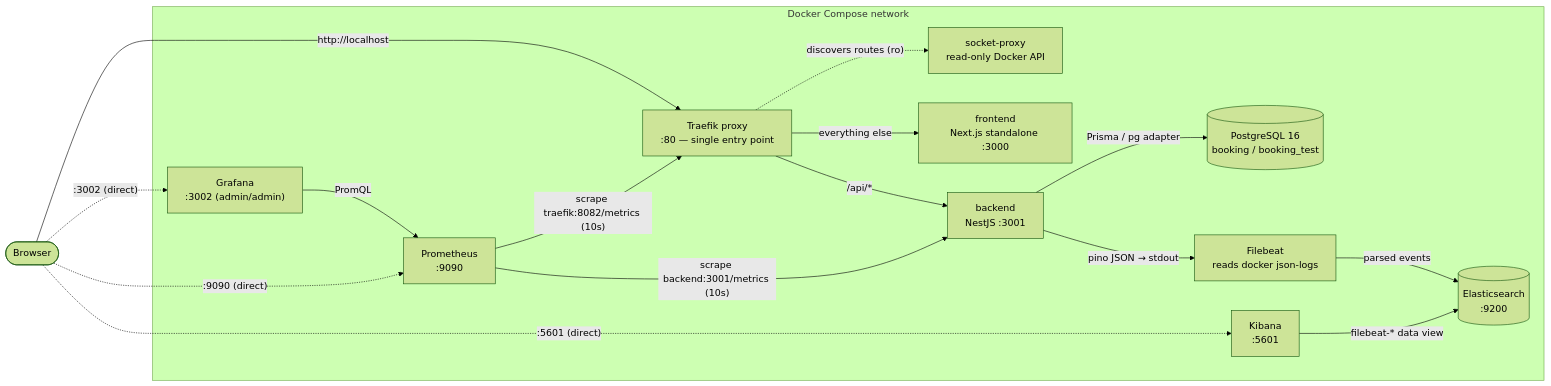
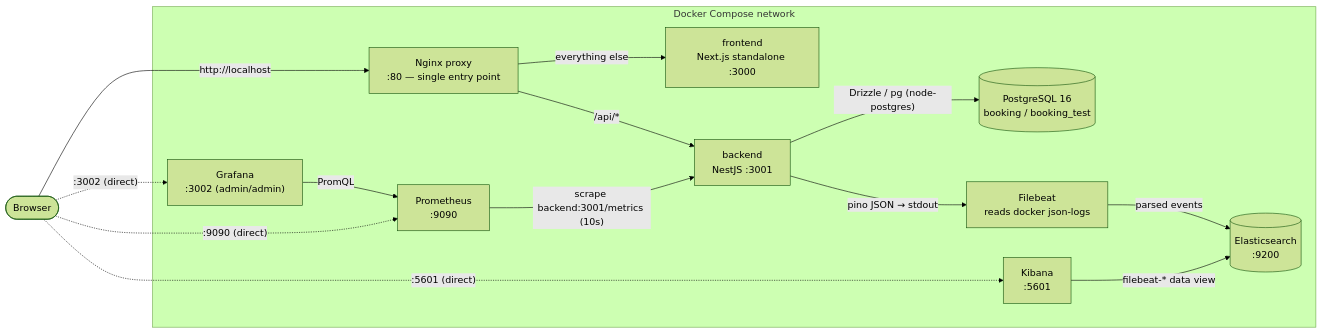
One commit to dmytronedilko/meeting-room-booking changed the first of 5 diagrams in docs/Architecture.md. Above: the diagram before and after it, drawn with Mermaid (forest theme). The commit also changed other lines of this file and 55 other files, not shown here.

First line of the commit message:
refactor(backend): migrate from Prisma 7 to Drizzle ORM

````diff
--- a/docs/Architecture.md
+++ b/docs/Architecture.md
@@ -28,32 +28,29 @@
 ```mermaid
 flowchart LR
     Browser(["Browser"])
 
     subgraph net["Docker Compose network"]
-        Proxy["Traefik proxy<br/>:80 — single entry point"]
-        SP["socket-proxy<br/>read-only Docker API"]
+        Proxy["Nginx proxy<br/>:80 — single entry point"]
         FE["frontend<br/>Next.js standalone :3000"]
         BE["backend<br/>NestJS :3001"]
         DB[("PostgreSQL 16<br/>booking / booking_test")]
         Prom["Prometheus<br/>:9090"]
         Graf["Grafana<br/>:3002 (admin/admin)"]
         FB["Filebeat<br/>reads docker json-logs"]
         ES[("Elasticsearch<br/>:9200")]
         Kib["Kibana<br/>:5601"]
     end
 
     Browser -- "http://localhost" --> Proxy
     Proxy -- "/api/*" --> BE
     Proxy -- "everything else" --> FE
-    BE -- "Prisma / pg adapter" --> DB
+    BE -- "Drizzle / pg (node-postgres)" --> DB
     Prom -- "scrape backend:3001/metrics (10s)" --> BE
-    Prom -- "scrape traefik:8082/metrics (10s)" --> Proxy
-    Proxy -. "discovers routes (ro)" .-> SP
     Graf -- "PromQL" --> Prom
     BE -- "pino JSON → stdout" --> FB
     FB -- "parsed events" --> ES
     Kib -- "filebeat-* data view" --> ES
     Browser -. ":9090 (direct)" .-> Prom
     Browser -. ":3002 (direct)" .-> Graf
     Browser -. ":5601 (direct)" .-> Kib
 ```
````
